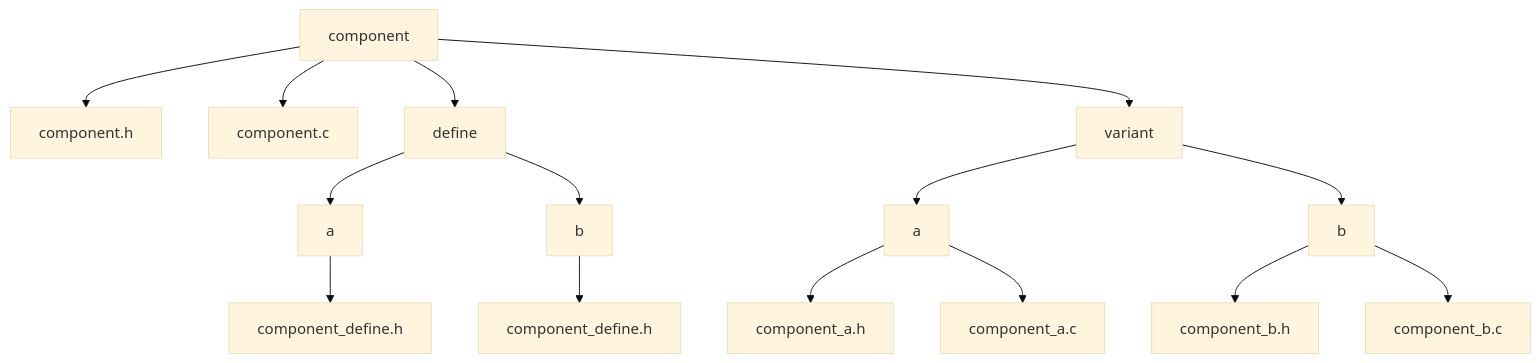
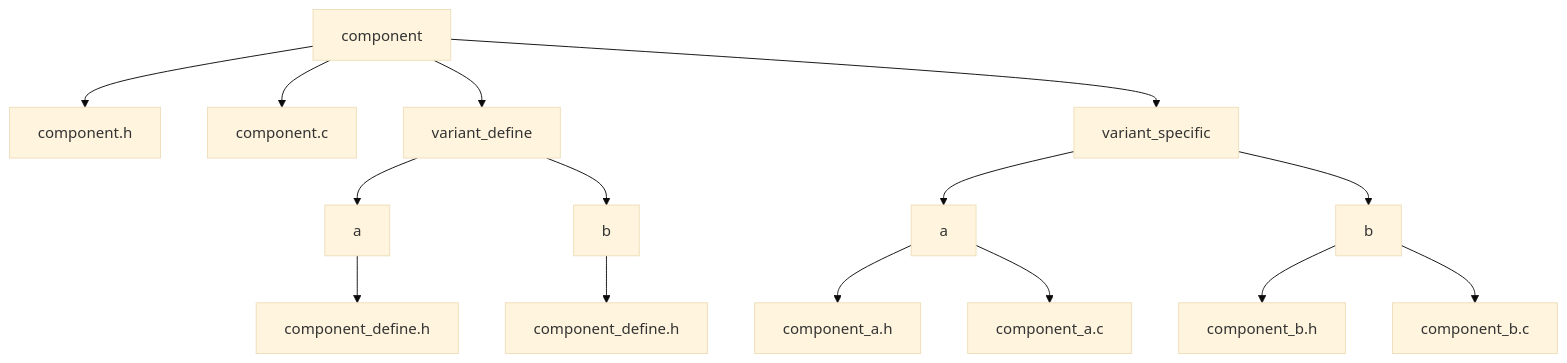
Before and after one commit to urmsori/coding_style: the first of 2 diagrams in c/fsw/compile_time_polymorphism/Compile-time Polymorphism FSW C Coding Style.md, drawn with Mermaid (base theme). The commit also changed other lines of this file and 8 other files, not shown here.

````diff
--- a/c/fsw/compile_time_polymorphism/Compile-time Polymorphism FSW C Coding Style.md
+++ b/c/fsw/compile_time_polymorphism/Compile-time Polymorphism FSW C Coding Style.md
@@ -25,17 +25,17 @@
 ```mermaid
 graph TD
     A[component] --> B[component.h]
     A --> C[component.c]
-    A --> D[define]
+    A --> D[variant_define]
     D --> E[a]
     E --> F[component_define.h]
     D --> G[b]
     G --> H[component_define.h]
-    A --> I[variant]
+    A --> I[variant_specific]
     I --> J[a]
     J --> K[component_a.h]
     J --> L[component_a.c]
     I --> M[b]
     M --> N[component_b.h]
     M --> O[component_b.c]
 ```
````
